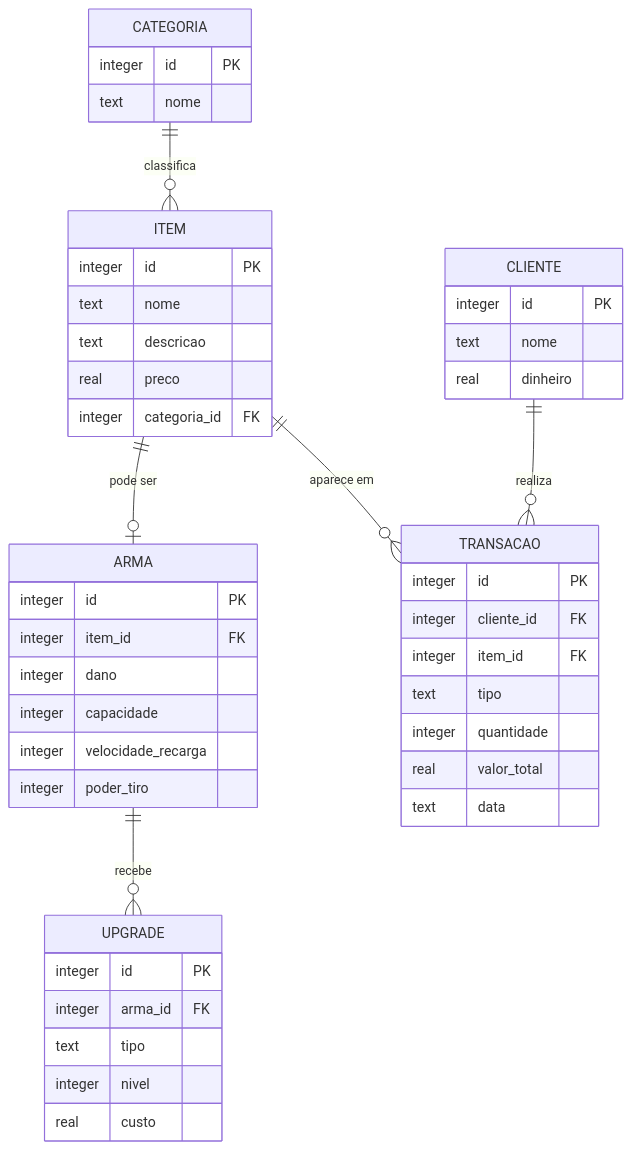
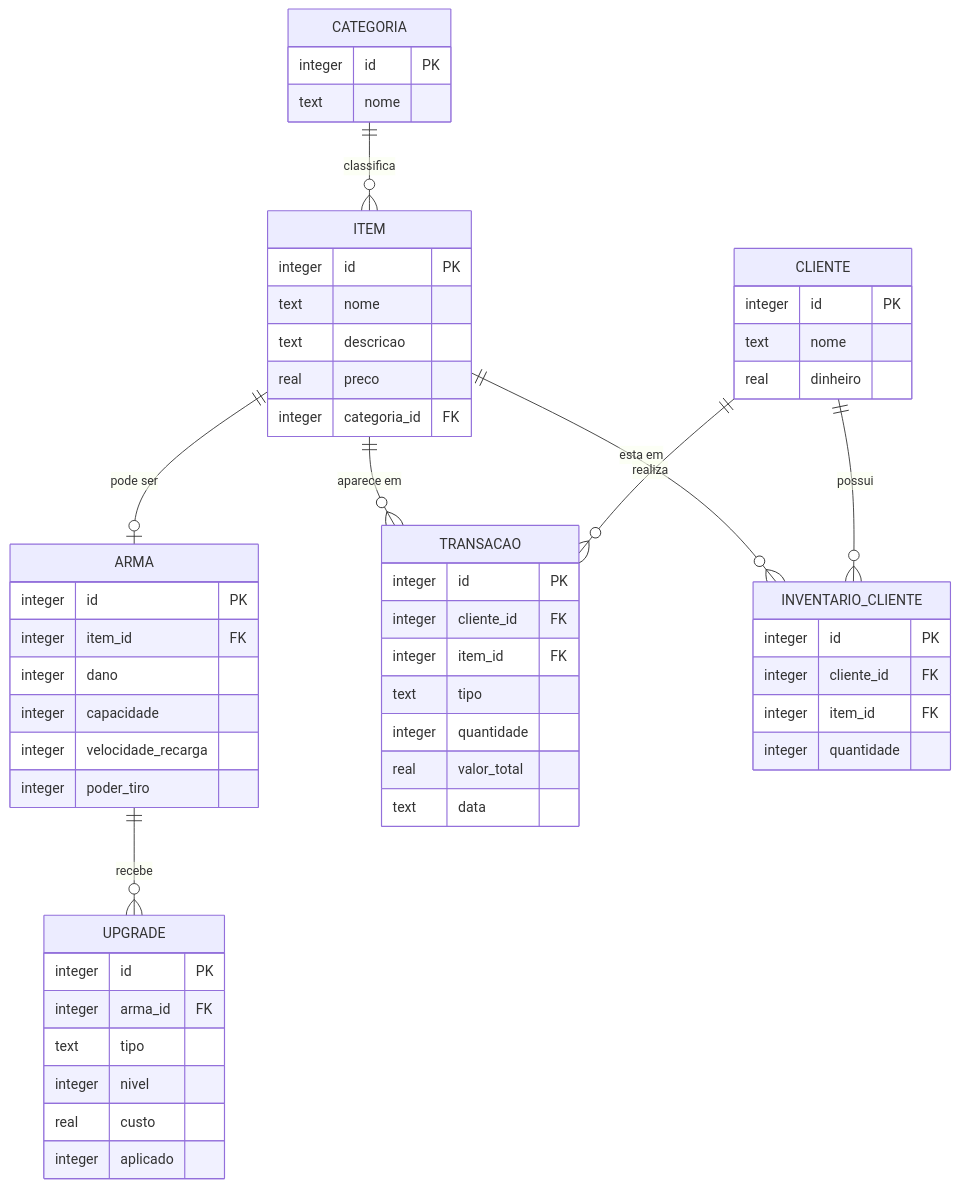
One commit to Eduudc16/RE4 changed the diagram in docs/diagramas/diagrama-er.mmd. Above: the diagram before and after it, drawn with Mermaid. The commit also changed 1 other file, not shown here.

Commit message:
Atualiza diagramas de classes e ER (inventario_cliente, ItemInventario, Upgrade.aplicado)

```diff
--- a/docs/diagramas/diagrama-er.mmd
+++ b/docs/diagramas/diagrama-er.mmd
@@ -1,47 +1,56 @@
 erDiagram
     CATEGORIA {
         integer id PK
         text nome
     }
     CLIENTE {
         integer id PK
         text nome
         real dinheiro
     }
     ITEM {
         integer id PK
         text nome
         text descricao
         real preco
         integer categoria_id FK
     }
     ARMA {
         integer id PK
         integer item_id FK
         integer dano
         integer capacidade
         integer velocidade_recarga
         integer poder_tiro
     }
     UPGRADE {
         integer id PK
         integer arma_id FK
         text tipo
         integer nivel
         real custo
+        integer aplicado
     }
     TRANSACAO {
         integer id PK
         integer cliente_id FK
         integer item_id FK
         text tipo
         integer quantidade
         real valor_total
         text data
     }
+    INVENTARIO_CLIENTE {
+        integer id PK
+        integer cliente_id FK
+        integer item_id FK
+        integer quantidade
+    }
 
     CATEGORIA ||--o{ ITEM : classifica
     ITEM ||--o| ARMA : "pode ser"
     ARMA ||--o{ UPGRADE : recebe
     CLIENTE ||--o{ TRANSACAO : realiza
     ITEM ||--o{ TRANSACAO : "aparece em"
+    CLIENTE ||--o{ INVENTARIO_CLIENTE : possui
+    ITEM ||--o{ INVENTARIO_CLIENTE : "esta em"
```
